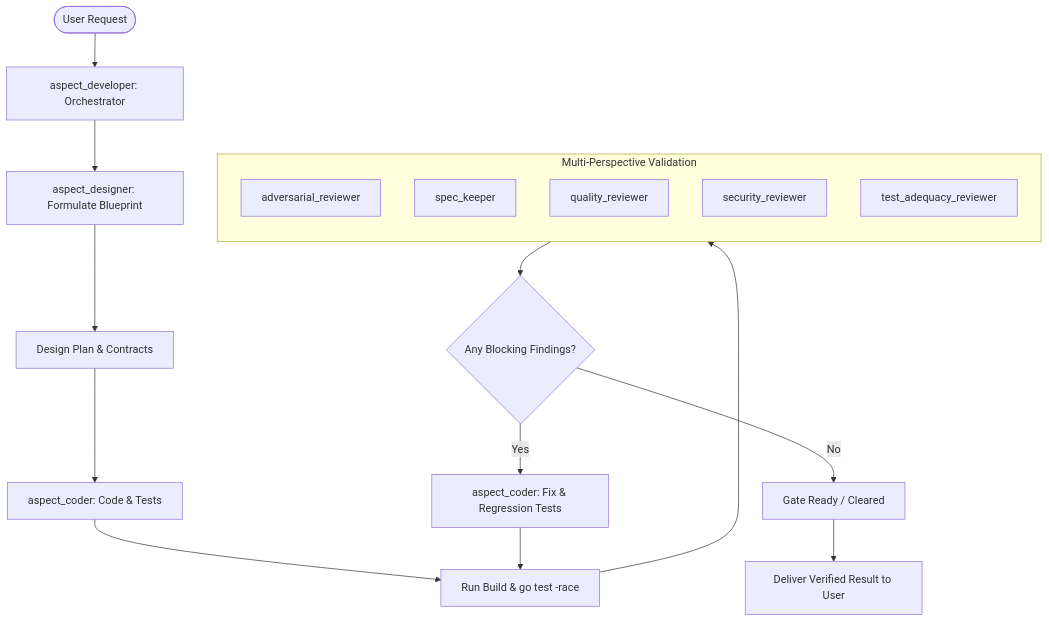
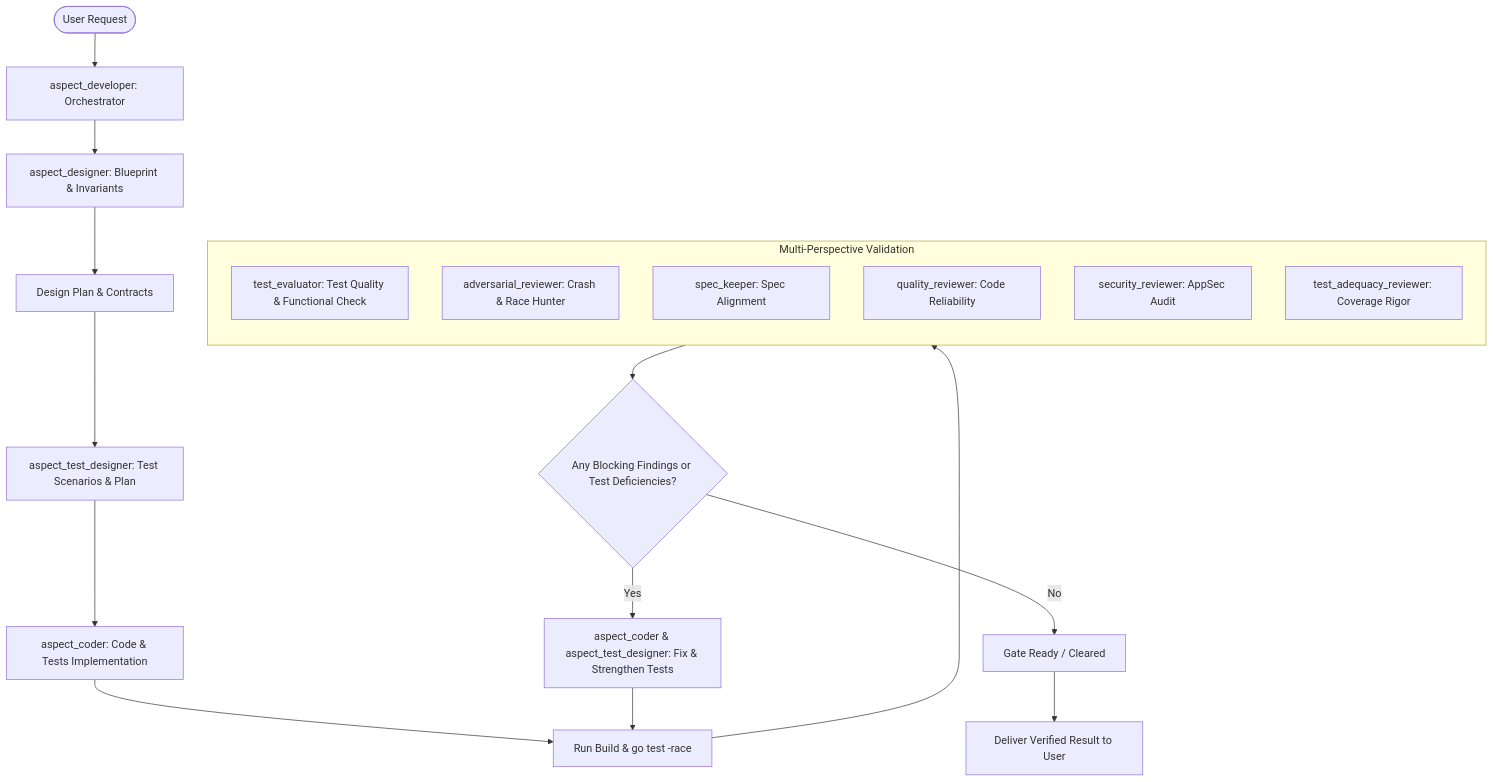
Before and after one commit to Pense-Laranja/aspect: the diagram in .agents/skills/aspect-development/SKILL.md, drawn with Mermaid. The commit also changed other lines of this file and 4 other files, not shown here.

First line of the commit message:
feat(agents): add test_evaluator and aspect_test_designer agents

````diff
--- a/.agents/skills/aspect-development/SKILL.md
+++ b/.agents/skills/aspect-development/SKILL.md
@@ -12,22 +12,24 @@
 ```mermaid
 flowchart TD
     User([User Request]) --> Lead[aspect_developer: Orchestrator]
-    Lead --> Designer[aspect_designer: Formulate Blueprint]
+    Lead --> Designer[aspect_designer: Blueprint & Invariants]
     Designer --> PlanReady[Design Plan & Contracts]
-    PlanReady --> Coder[aspect_coder: Code & Tests]
+    PlanReady --> TestPlan[aspect_test_designer: Test Scenarios & Plan]
+    TestPlan --> Coder[aspect_coder: Code & Tests Implementation]
     Coder --> Verify[Run Build & go test -race]
     Verify --> Reviewers[Validation Subagents]
     subgraph Reviewers [Multi-Perspective Validation]
         direction TB
-        Adv[adversarial_reviewer]
-        Spec[spec_keeper]
-        Qual[quality_reviewer]
-        Sec[security_reviewer]
-        Adeq[test_adequacy_reviewer]
+        TestEval[test_evaluator: Test Quality & Functional Check]
+        Adv[adversarial_reviewer: Crash & Race Hunter]
+        Spec[spec_keeper: Spec Alignment]
+        Qual[quality_reviewer: Code Reliability]
+        Sec[security_reviewer: AppSec Audit]
+        Adeq[test_adequacy_reviewer: Coverage Rigor]
     end
-    Reviewers --> Decisions{Any Blocking Findings?}
-    Decisions -- Yes --> Fix[aspect_coder: Fix & Regression Tests]
+    Reviewers --> Decisions{Any Blocking Findings or Test Deficiencies?}
+    Decisions -- Yes --> Fix[aspect_coder & aspect_test_designer: Fix & Strengthen Tests]
     Fix --> Verify
     Decisions -- No --> GatePass[Gate Ready / Cleared]
     GatePass --> Summary[Deliver Verified Result to User]
 ```
````
